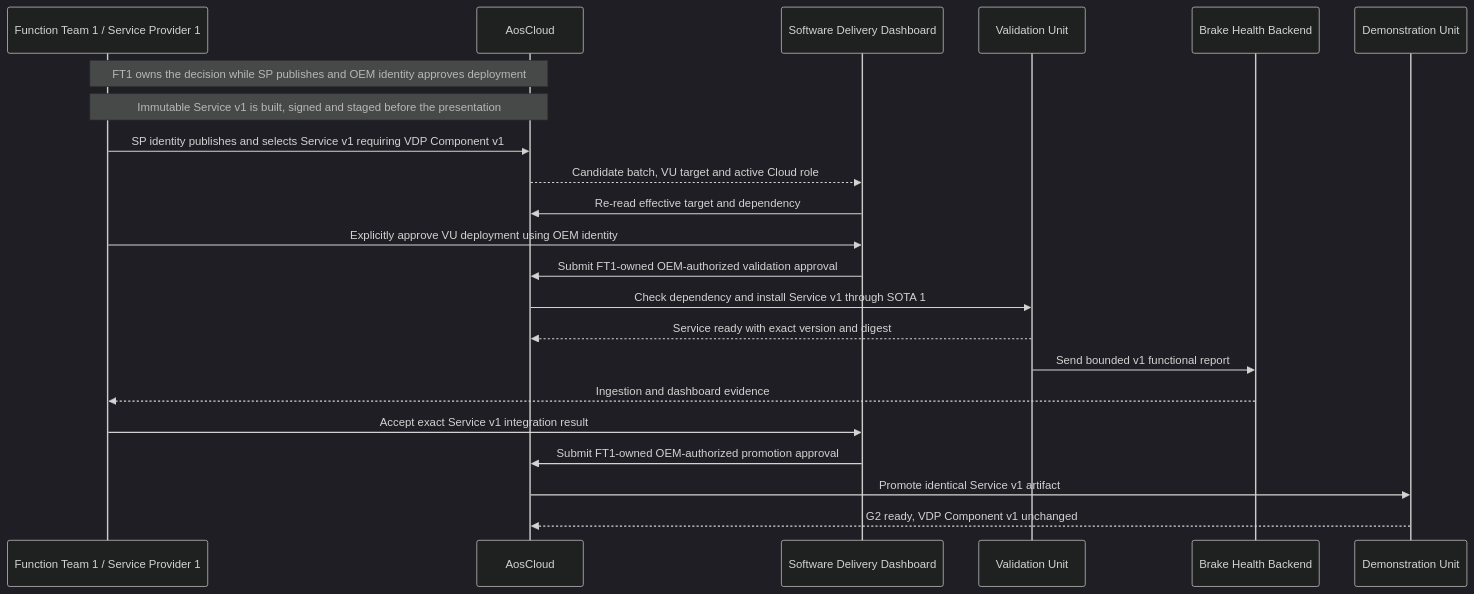
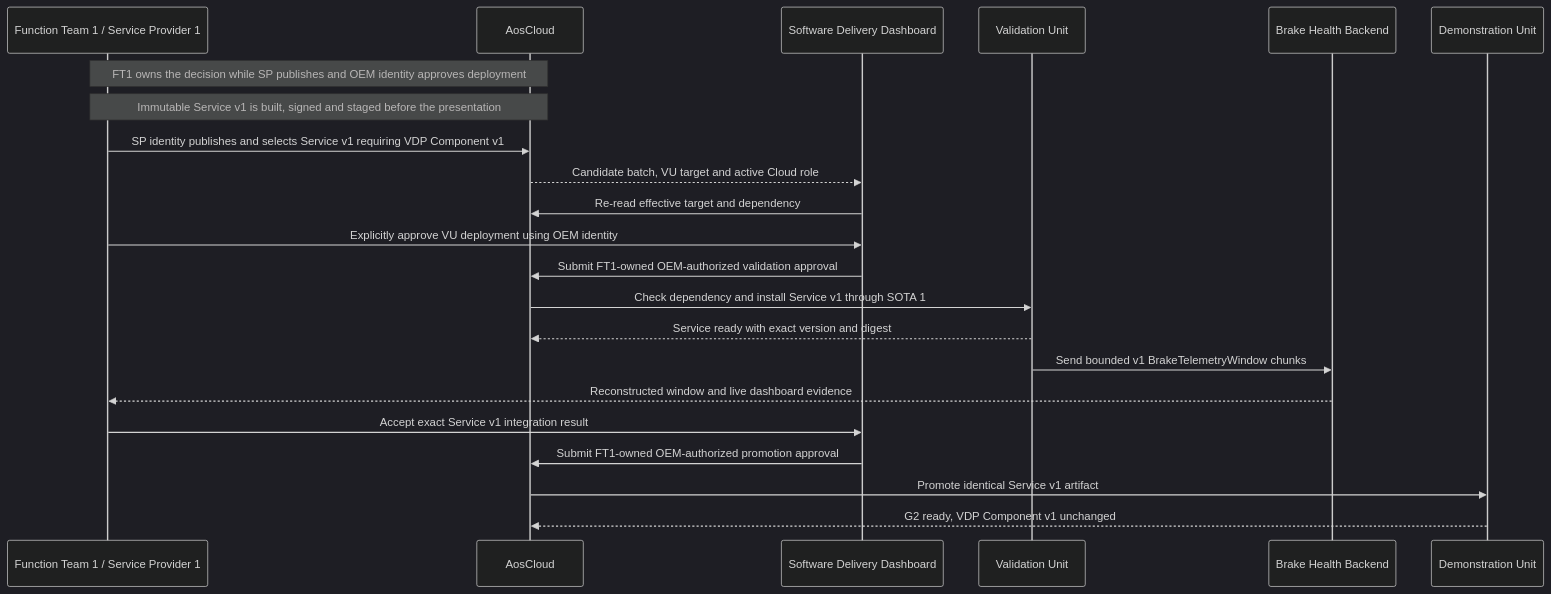
The ninth of 20 diagrams in docs/architecture/demo-scenario-architecture-flows.md (alexmaninblack/aosedge-sdv-demo), drawn with Mermaid (dark theme) before and after one commit. The commit also changed other lines of this file and 24 other files, not shown here.

````diff
--- a/docs/architecture/demo-scenario-architecture-flows.md
+++ b/docs/architecture/demo-scenario-architecture-flows.md
@@ -549,25 +548,25 @@
 ```mermaid
 sequenceDiagram
     participant FT1 as Function Team 1 / Service Provider 1
     participant AC as AosCloud
     participant SD as Software Delivery Dashboard
     participant VU as Validation Unit
     participant BE as Brake Health Backend
     participant DU as Demonstration Unit
 
     Note over FT1,AC: FT1 owns the decision while SP publishes and OEM identity approves deployment
     Note over FT1,AC: Immutable Service v1 is built, signed and staged before the presentation
     FT1->>AC: SP identity publishes and selects Service v1 requiring VDP Component v1
     AC-->>SD: Candidate batch, VU target and active Cloud role
     SD->>AC: Re-read effective target and dependency
     FT1->>SD: Explicitly approve VU deployment using OEM identity
     SD->>AC: Submit FT1-owned OEM-authorized validation approval
     AC->>VU: Check dependency and install Service v1 through SOTA 1
     VU-->>AC: Service ready with exact version and digest
-    VU->>BE: Send bounded v1 functional report
-    BE-->>FT1: Ingestion and dashboard evidence
+    VU->>BE: Send bounded v1 BrakeTelemetryWindow chunks
+    BE-->>FT1: Reconstructed window and live dashboard evidence
     FT1->>SD: Accept exact Service v1 integration result
     SD->>AC: Submit FT1-owned OEM-authorized promotion approval
     AC->>DU: Promote identical Service v1 artifact
     DU-->>AC: G2 ready, VDP Component v1 unchanged
 ```
````
